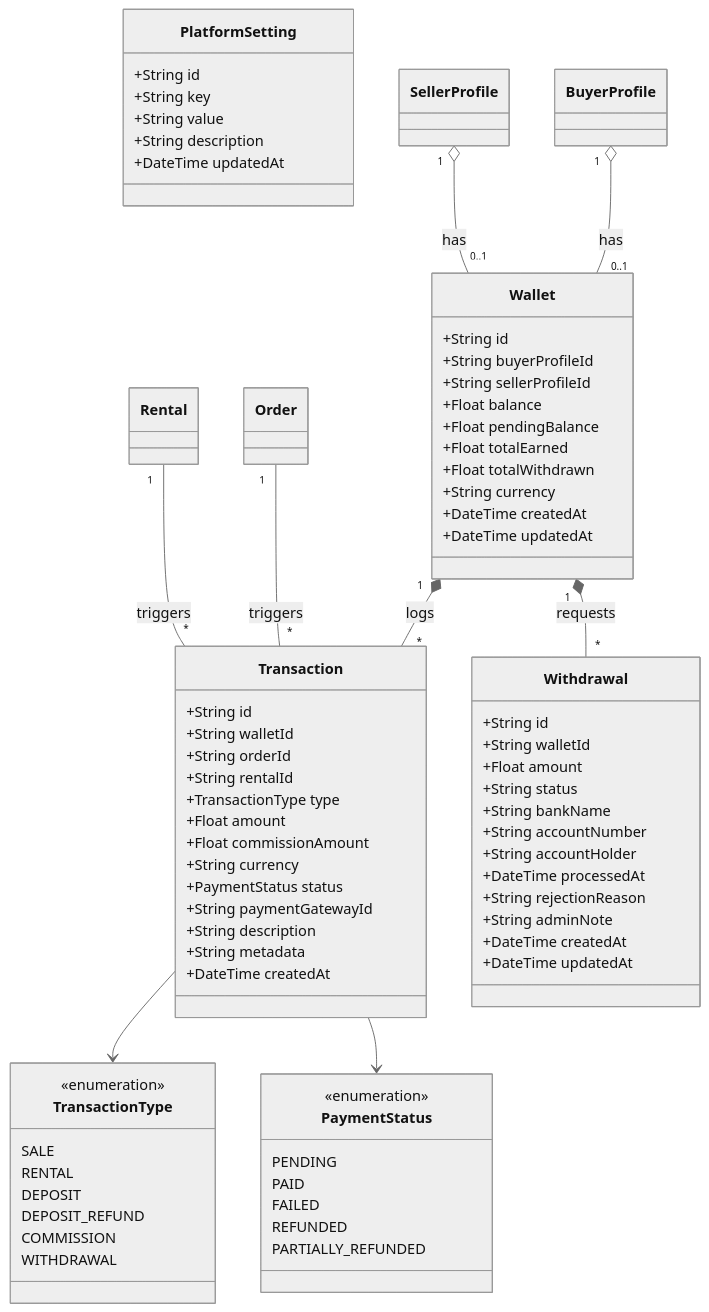
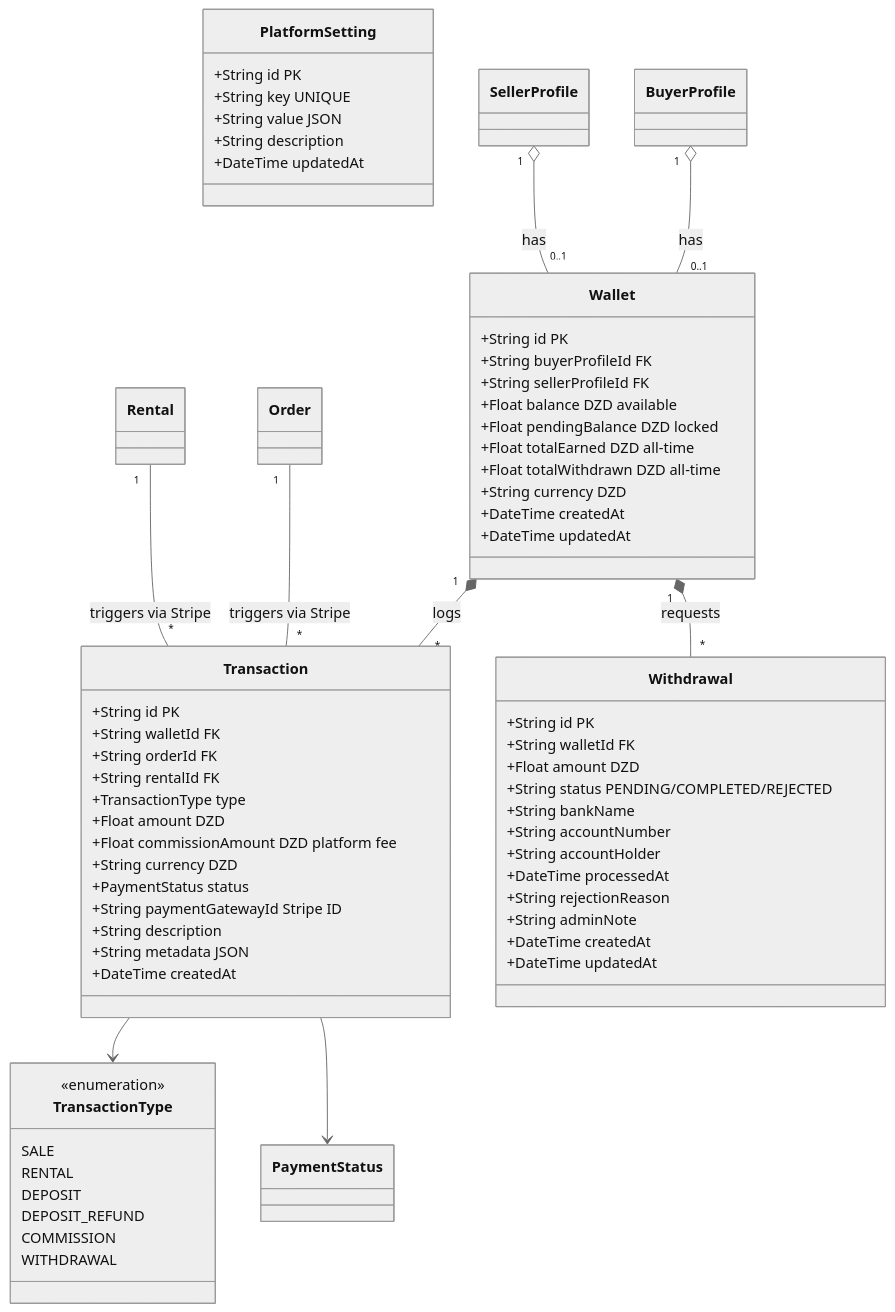
Before and after one commit to tayeb736/prohect12: the fifth of 6 diagrams in diagram_classe_complet.md, drawn with Mermaid (neutral theme). The commit also changed other lines of this file and 5 other files, not shown here.

````diff
--- a/diagram_classe_complet.md
+++ b/diagram_classe_complet.md
@@ -539,49 +501,40 @@
     WITHDRAWAL
   }
 
-  class PaymentStatus {
-    <<enumeration>>
-    PENDING
-    PAID
-    FAILED
-    REFUNDED
-    PARTIALLY_REFUNDED
-  }
-
   class Wallet {
-    +String id
-    +String buyerProfileId
-    +String sellerProfileId
-    +Float balance
-    +Float pendingBalance
-    +Float totalEarned
-    +Float totalWithdrawn
-    +String currency
+    +String id PK
+    +String buyerProfileId FK
+    +String sellerProfileId FK
+    +Float balance DZD available
+    +Float pendingBalance DZD locked
+    +Float totalEarned DZD all-time
+    +Float totalWithdrawn DZD all-time
+    +String currency DZD
     +DateTime createdAt
     +DateTime updatedAt
   }
 
   class Transaction {
-    +String id
-    +String walletId
-    +String orderId
-    +String rentalId
+    +String id PK
+    +String walletId FK
+    +String orderId FK
+    +String rentalId FK
     +TransactionType type
-    +Float amount
-    +Float commissionAmount
-    +String currency
+    +Float amount DZD
+    +Float commissionAmount DZD platform fee
+    +String currency DZD
     +PaymentStatus status
-    +String paymentGatewayId
+    +String paymentGatewayId Stripe ID
     +String description
-    +String metadata
+    +String metadata JSON
     +DateTime createdAt
   }
 
   class Withdrawal {
-    +String id
-    +String walletId
-    +Float amount
-    +String status
+    +String id PK
+    +String walletId FK
+    +Float amount DZD
+    +String status PENDING/COMPLETED/REJECTED
     +String bankName
     +String accountNumber
     +String accountHolder
@@ -593,9 +546,9 @@
   }
 
   class PlatformSetting {
-    +String id
-    +String key
-    +String value
+    +String id PK
+    +String key UNIQUE
+    +String value JSON
     +String description
     +DateTime updatedAt
   }
@@ -606,6 +559,6 @@
   Wallet "1" *-- "*" Withdrawal : requests
   Transaction --> TransactionType
   Transaction --> PaymentStatus
-  Order "1" -- "*" Transaction : triggers
-  Rental "1" -- "*" Transaction : triggers
+  Order "1" -- "*" Transaction : triggers via Stripe
+  Rental "1" -- "*" Transaction : triggers via Stripe
 ```
````
